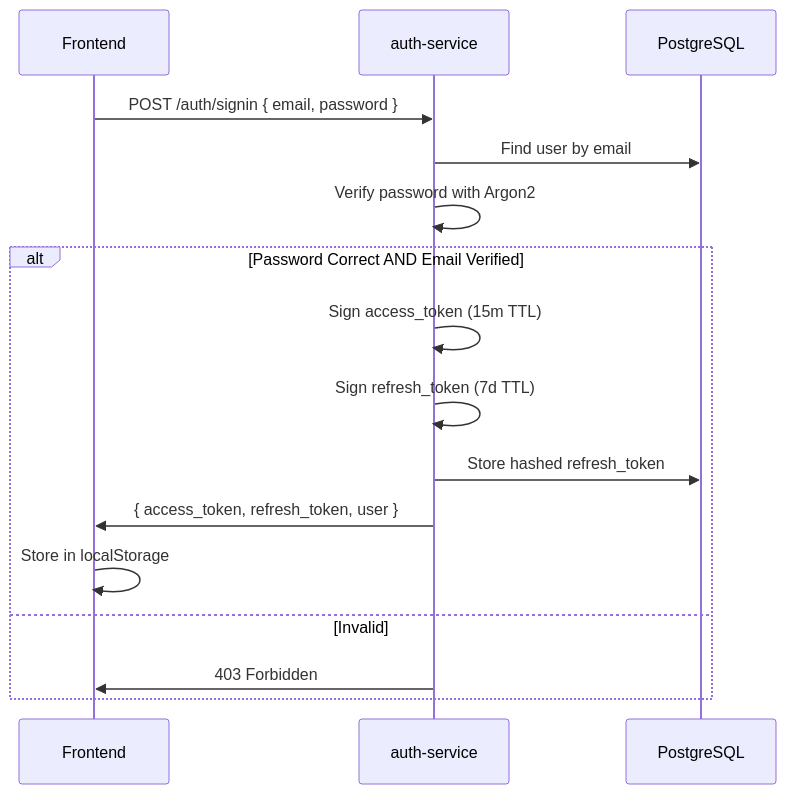
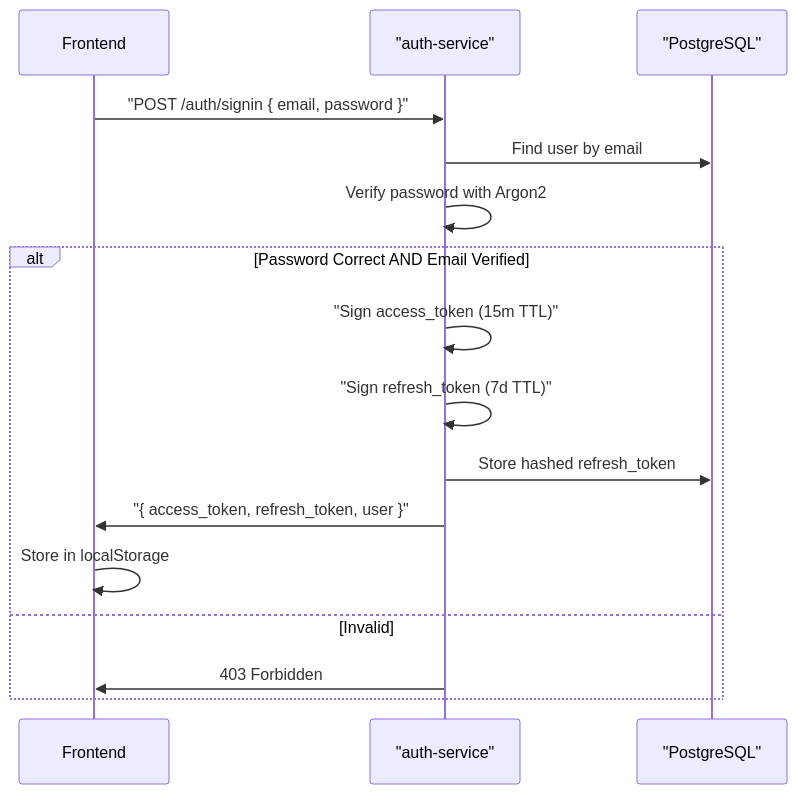
The sixth of 21 diagrams in profile/README.md (Food-Delivery-Aggregator/.github), drawn with Mermaid before and after one commit. The commit also changed other lines of this file, not shown here.

Commit message:
Refactor mermaid diagrams for clarity and consistency

````diff
--- a/profile/README.md
+++ b/profile/README.md
@@ -350,20 +347,20 @@
 ```mermaid
 sequenceDiagram
     participant Frontend
-    participant AuthService as auth-service
-    participant Database as PostgreSQL
+    participant AuthService as "auth-service"
+    participant Database as "PostgreSQL"
 
-    Frontend->>AuthService: POST /auth/signin { email, password }
+    Frontend->>AuthService: "POST /auth/signin { email, password }"
     AuthService->>Database: Find user by email
     AuthService->>AuthService: Verify password with Argon2
     
     alt Password Correct AND Email Verified
-        AuthService->>AuthService: Sign access_token (15m TTL)
-        AuthService->>AuthService: Sign refresh_token (7d TTL)
+        AuthService->>AuthService: "Sign access_token (15m TTL)"
+        AuthService->>AuthService: "Sign refresh_token (7d TTL)"
         AuthService->>Database: Store hashed refresh_token
-        AuthService->>Frontend: { access_token, refresh_token, user }
+        AuthService->>Frontend: "{ access_token, refresh_token, user }"
         Frontend->>Frontend: Store in localStorage
     else Invalid
         AuthService->>Frontend: 403 Forbidden
     end
 ```
````
